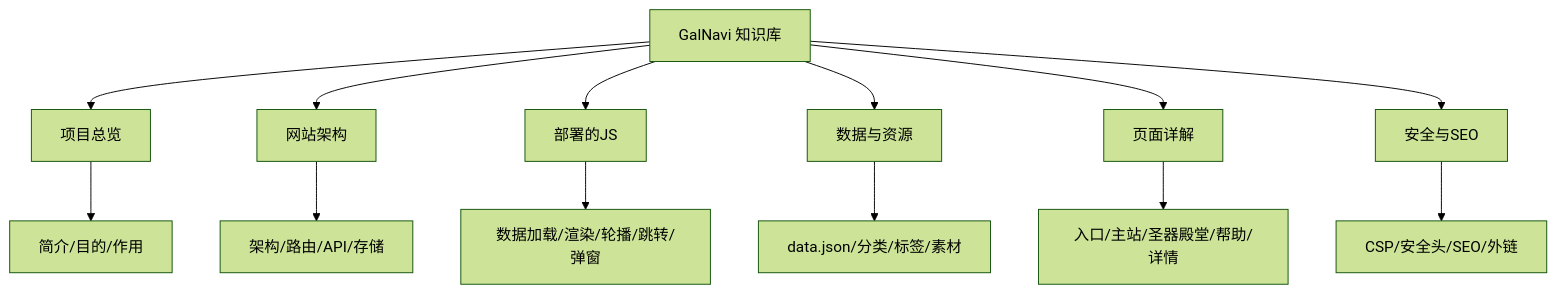
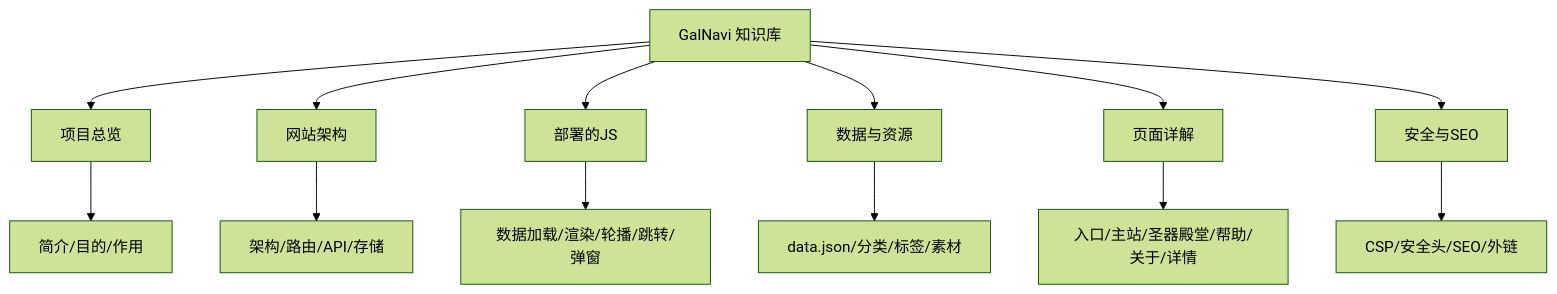
One commit to argb6/galnavi-obsidian changed the diagram in 00知识库地图(MOC).md. Above: the diagram before and after it, drawn with Mermaid (forest theme). The commit also changed 21 other files, not shown here.

````diff
--- a/00知识库地图(MOC).md
+++ b/00知识库地图(MOC).md
@@ -83,15 +83,15 @@
 ```mermaid
 graph TD
     A[GalNavi 知识库] --> B[项目总览]
     A --> C[网站架构]
     A --> D[部署的JS]
     A --> E[数据与资源]
     A --> F[页面详解]
     A --> G[安全与SEO]
     B --> B1[简介/目的/作用]
     C --> C1[架构/路由/API/存储]
     D --> D1[数据加载/渲染/轮播/跳转/弹窗]
     E --> E1[data.json/分类/标签/素材]
-    F --> F1[入口/主站/圣器殿堂/帮助/详情]
+    F --> F1[入口/主站/圣器殿堂/帮助/关于/详情]
     G --> G1[CSP/安全头/SEO/外链]
 ```
````
